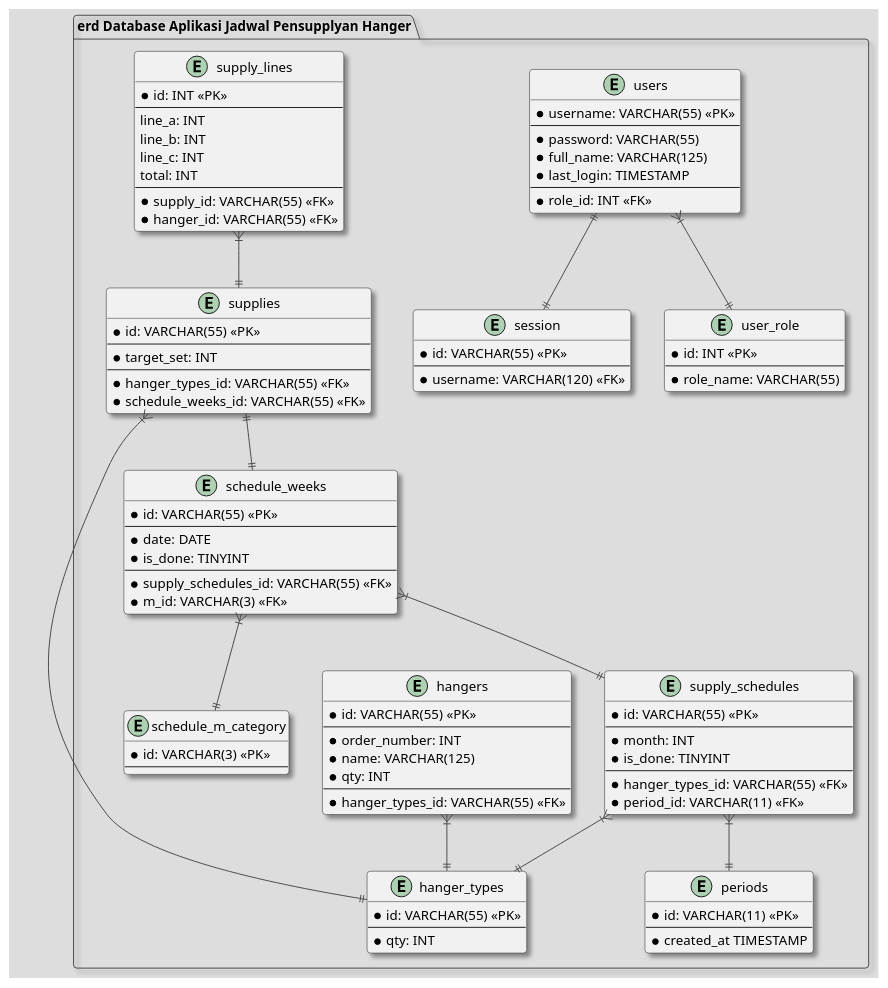
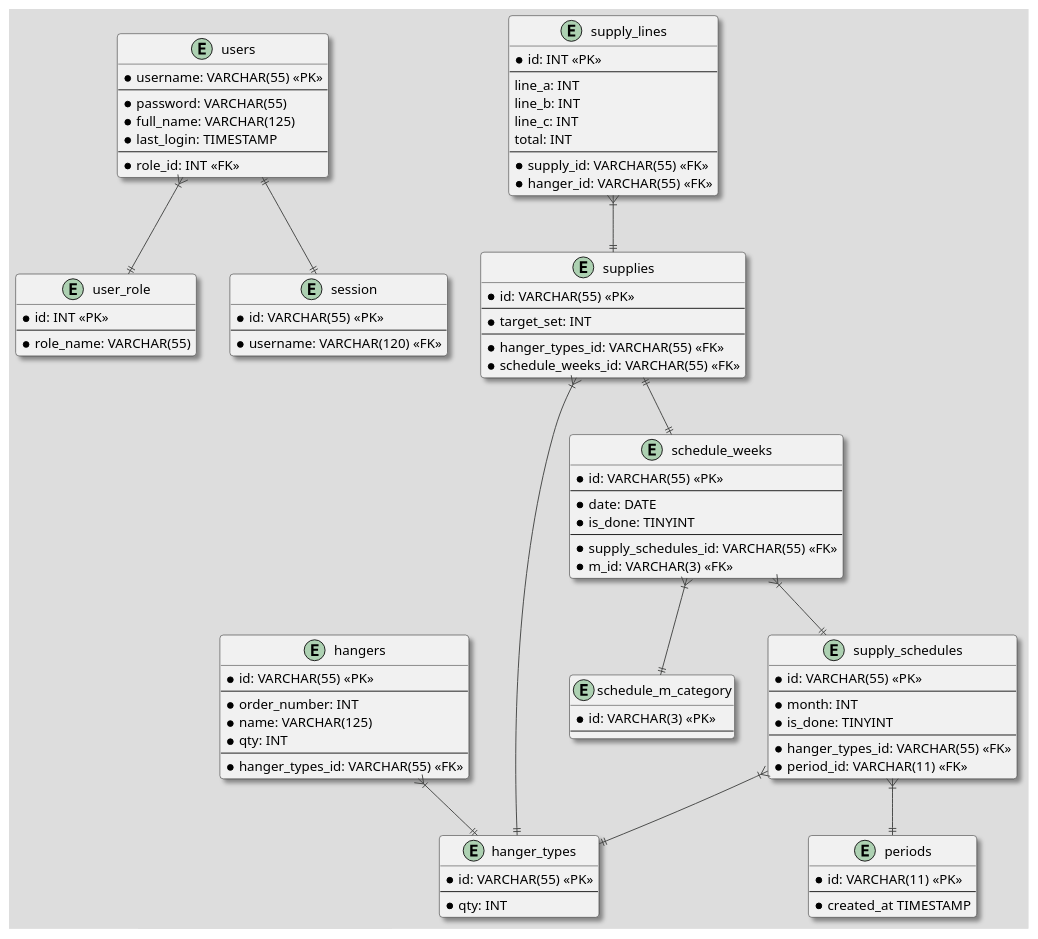
One commit to marlisumarli/hanger-scheduling changed the diagram in Diagrams/EntityRelationshipDiagram.puml. Above: the diagram before and after it, drawn with PlantUML.

```diff
--- a/Diagrams/EntityRelationshipDiagram.puml
+++ b/Diagrams/EntityRelationshipDiagram.puml
@@ -1,110 +1,107 @@
 @startuml
 
 !theme toy
 skinparam shadowing true
-
-package "erd Database Aplikasi Jadwal Pensupplyan Hanger" {
-
 
 entity users {
 * username: VARCHAR(55) <<PK>>
 --
 * password: VARCHAR(55)
 * full_name: VARCHAR(125)
 * last_login: TIMESTAMP
 --
 * role_id: INT <<FK>>
 }
 
 entity user_role {
 * id: INT <<PK>>
 --
 * role_name: VARCHAR(55)
 }
 
 entity session {
 * id: VARCHAR(55) <<PK>>
 --
 * username: VARCHAR(120) <<FK>>
 }
 
 entity hanger_types {
 * id: VARCHAR(55) <<PK>>
 --
 * qty: INT
 }
 
 entity hangers {
 * id: VARCHAR(55) <<PK>>
 --
 * order_number: INT
 * name: VARCHAR(125)
 * qty: INT
 --
 * hanger_types_id: VARCHAR(55) <<FK>>
 }
 
 entity periods {
 * id: VARCHAR(11) <<PK>>
 --
 * created_at TIMESTAMP
 }
 
 entity schedule_m_category {
 * id: VARCHAR(3) <<PK>>
 --
 }
 
 entity supply_schedules {
 * id: VARCHAR(55) <<PK>>
 --
 * month: INT
 * is_done: TINYINT
 --
 * hanger_types_id: VARCHAR(55) <<FK>>
 * period_id: VARCHAR(11) <<FK>>
 }
 
 entity schedule_weeks {
 * id: VARCHAR(55) <<PK>>
 --
 * date: DATE
 * is_done: TINYINT
 --
 * supply_schedules_id: VARCHAR(55) <<FK>>
 * m_id: VARCHAR(3) <<FK>>
 }
 
 entity supplies {
 * id: VARCHAR(55) <<PK>>
 --
 * target_set: INT
 --
 * hanger_types_id: VARCHAR(55) <<FK>>
 * schedule_weeks_id: VARCHAR(55) <<FK>>
 }
 
 entity supply_lines {
 * id: INT <<PK>>
 --
 line_a: INT
 line_b: INT
 line_c: INT
 total: INT
 --
 * supply_id: VARCHAR(55) <<FK>>
 * hanger_id: VARCHAR(55) <<FK>>
 }
 
 users}|--||user_role
 users||--||session
 hangers}|--||hanger_types
 supply_schedules}|--||periods
 supply_schedules}|--||hanger_types
 schedule_weeks}|--||schedule_m_category
 schedule_weeks}|--||supply_schedules
 supplies}|--||hanger_types
 supplies||--||schedule_weeks
 supply_lines}|--||supplies
-}
+
 @enduml
```
